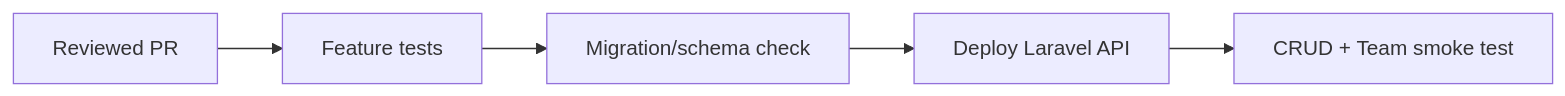
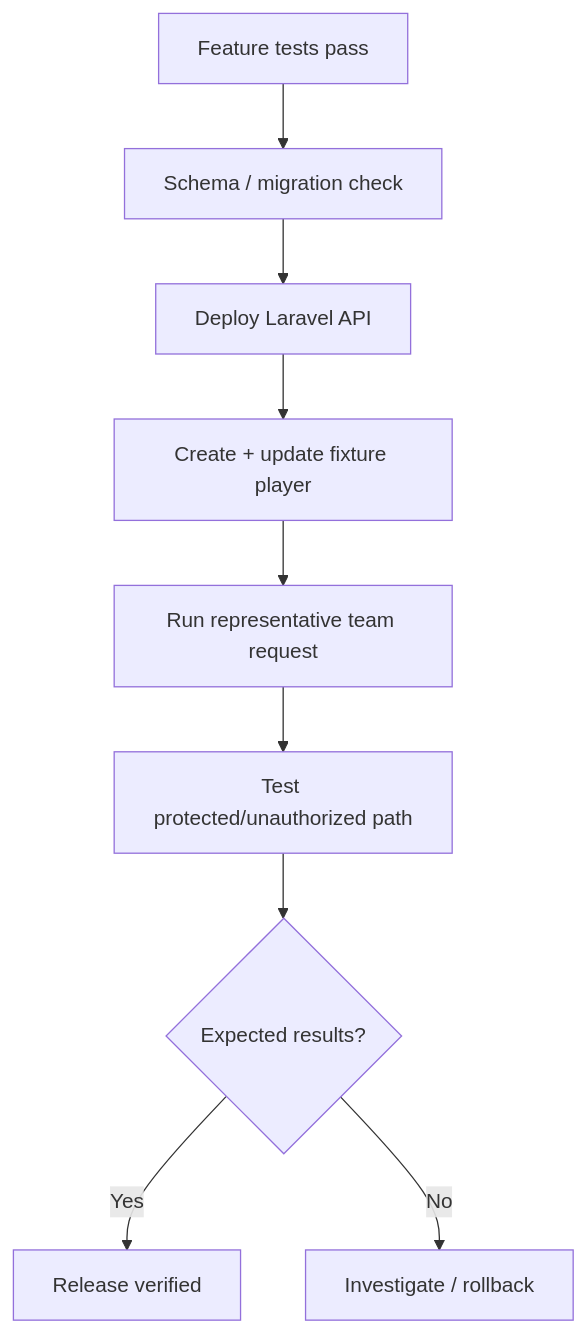
One commit to HidayahMF/RestFullPlayerApi changed the sixth of 6 diagrams in docs/development-pipeline.md. Above: the diagram before and after it, drawn with Mermaid. The commit also changed other lines of this file, not shown here.

````diff
--- a/docs/development-pipeline.md
+++ b/docs/development-pipeline.md
@@ -100,7 +118,11 @@
 ```mermaid
-flowchart LR
-    PR[Reviewed PR] --> TEST[Feature tests]
-    TEST --> DB[Migration/schema check]
-    DB --> API[Deploy Laravel API]
-    API --> SMOKE[CRUD + Team smoke test]
+flowchart TD
+    TEST[Feature tests pass] --> DB[Schema / migration check]
+    DB --> DEPLOY[Deploy Laravel API]
+    DEPLOY --> CRUD[Create + update fixture player]
+    CRUD --> TEAM[Run representative team request]
+    TEAM --> AUTH[Test protected/unauthorized path]
+    AUTH --> OK{Expected results?}
+    OK -->|Yes| DONE[Release verified]
+    OK -->|No| ROLLBACK[Investigate / rollback]
 ```
````
